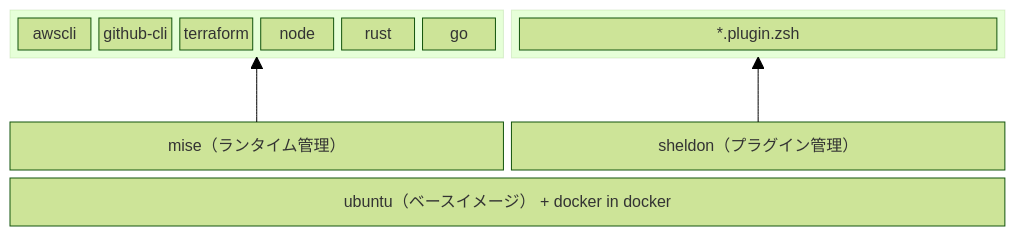
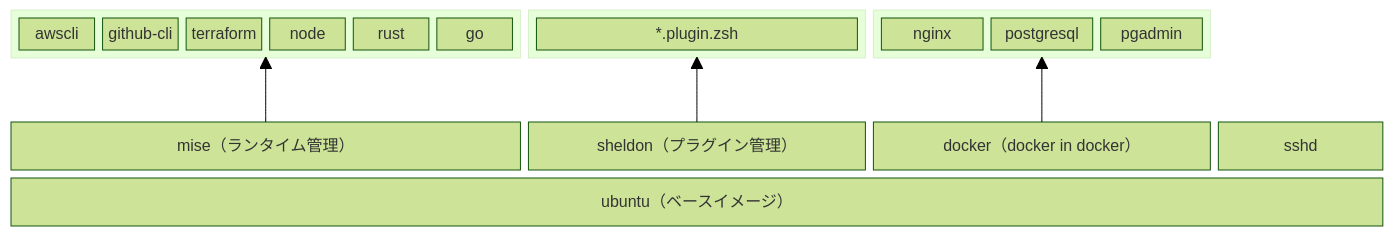
Before and after one commit to shinoda-yosuke-lvgs/hello-devcontainer: the diagram in README.md, drawn with Mermaid (forest theme). The commit also changed other lines of this file, not shown here.

Commit message:
Update README.md with new sections and policies

````diff
--- a/README.md
+++ b/README.md
@@ -32,21 +32,33 @@
 ```mermaid
 block-beta
-  columns 2
+  columns 8
 
-  block:s1:1
+  block:feature1:3
     awscli githubcli["github-cli"] terraform node rust go
   end
     
-  block:s2:1
+  block:feature2:2
     zshplugins["*.plugin.zsh"]
   end
 
-  space:2
+  block:feature3:2
+    nginx
+    postgresql
+    pgadmin
+  end
 
-  mise["mise（ランタイム管理）"]:1
-  sheldon["sheldon（プラグイン管理）"]:1
-  ubuntu["ubuntu（ベースイメージ） + docker in docker"]:2
+  space:1
 
-  mise --> s1
-  sheldon --> s2
+  space:8
+
+  mise["mise（ランタイム管理）"]:3
+  sheldon["sheldon（プラグイン管理）"]:2
+  dind["docker（docker in docker）"]:2
+  sshd["sshd"]:1
+
+  ubuntu["ubuntu（ベースイメージ）"]:8
+
+  mise --> feature1
+  sheldon --> feature2
+  dind --> feature3
 ```
````
